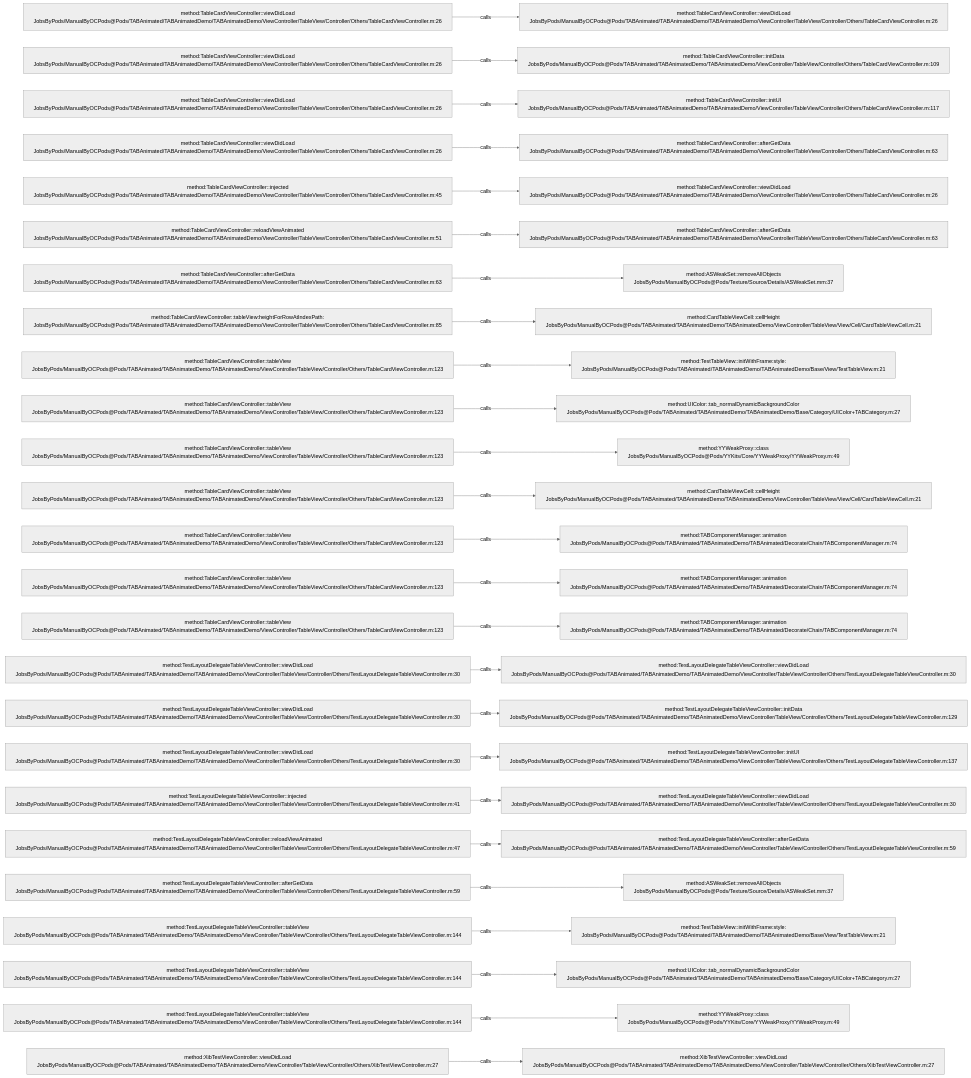
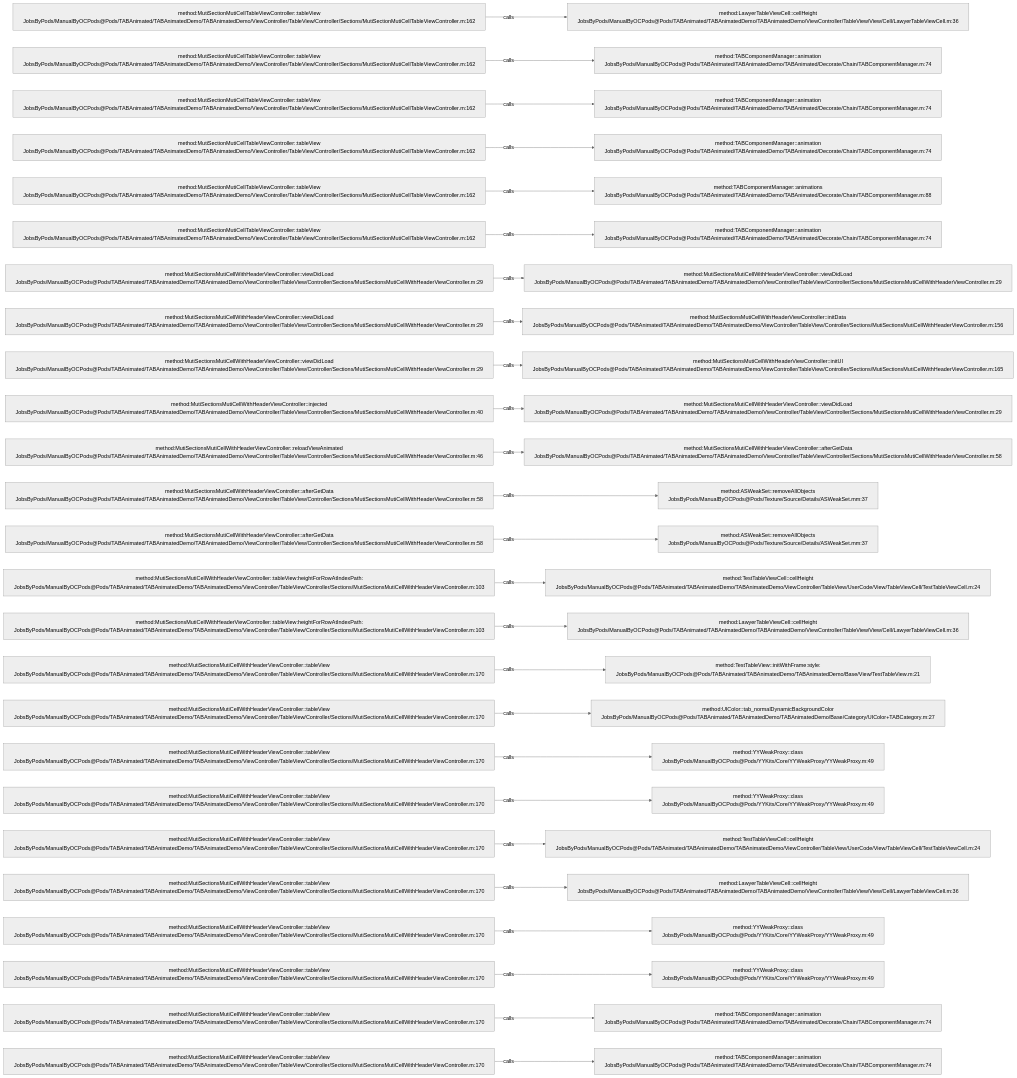
Before and after one commit to JobsKits/JobsOCBaseConfigDemo: the diagram in .codegraph/codegraph.md/graphs/calls-060.md, drawn with Mermaid (neutral theme). The commit also changed 1353 other files, not shown here.

````diff
--- a/.codegraph/codegraph.md/graphs/calls-060.md
+++ b/.codegraph/codegraph.md/graphs/calls-060.md
@@ -13,78 +13,78 @@
 ```mermaid
 flowchart LR
-  S1["method:TableCardViewController::viewDidLoad<br/>JobsByPods/ManualByOCPods@Pods/TABAnimated/TABAnimatedDemo/TABAnimatedDemo/ViewController/TableView/Controller/Others/TableCardViewController.m:26"]
-  T1["method:TableCardViewController::viewDidLoad<br/>JobsByPods/ManualByOCPods@Pods/TABAnimated/TABAnimatedDemo/TABAnimatedDemo/ViewController/TableView/Controller/Others/TableCardViewController.m:26"]
+  S1["method:MutiSectionMutiCellTableViewController::tableView<br/>JobsByPods/ManualByOCPods@Pods/TABAnimated/TABAnimatedDemo/TABAnimatedDemo/ViewController/TableView/Controller/Sections/MutiSectionMutiCellTableViewController.m:162"]
+  T1["method:LawyerTableViewCell::cellHeight<br/>JobsByPods/ManualByOCPods@Pods/TABAnimated/TABAnimatedDemo/TABAnimatedDemo/ViewController/TableView/View/Cell/LawyerTableViewCell.m:36"]
   S1 -->|calls| T1
-  S2["method:TableCardViewController::viewDidLoad<br/>JobsByPods/ManualByOCPods@Pods/TABAnimated/TABAnimatedDemo/TABAnimatedDemo/ViewController/TableView/Controller/Others/TableCardViewController.m:26"]
-  T2["method:TableCardViewController::initData<br/>JobsByPods/ManualByOCPods@Pods/TABAnimated/TABAnimatedDemo/TABAnimatedDemo/ViewController/TableView/Controller/Others/TableCardViewController.m:109"]
+  S2["method:MutiSectionMutiCellTableViewController::tableView<br/>JobsByPods/ManualByOCPods@Pods/TABAnimated/TABAnimatedDemo/TABAnimatedDemo/ViewController/TableView/Controller/Sections/MutiSectionMutiCellTableViewController.m:162"]
+  T2["method:TABComponentManager::animation<br/>JobsByPods/ManualByOCPods@Pods/TABAnimated/TABAnimatedDemo/TABAnimated/Decorate/Chain/TABComponentManager.m:74"]
   S2 -->|calls| T2
-  S3["method:TableCardViewController::viewDidLoad<br/>JobsByPods/ManualByOCPods@Pods/TABAnimated/TABAnimatedDemo/TABAnimatedDemo/ViewController/TableView/Controller/Others/TableCardViewController.m:26"]
-  T3["method:TableCardViewController::initUI<br/>JobsByPods/ManualByOCPods@Pods/TABAnimated/TABAnimatedDemo/TABAnimatedDemo/ViewController/TableView/Controller/Others/TableCardViewController.m:117"]
+  S3["method:MutiSectionMutiCellTableViewController::tableView<br/>JobsByPods/ManualByOCPods@Pods/TABAnimated/TABAnimatedDemo/TABAnimatedDemo/ViewController/TableView/Controller/Sections/MutiSectionMutiCellTableViewController.m:162"]
+  T3["method:TABComponentManager::animation<br/>JobsByPods/ManualByOCPods@Pods/TABAnimated/TABAnimatedDemo/TABAnimated/Decorate/Chain/TABComponentManager.m:74"]
   S3 -->|calls| T3
-  S4["method:TableCardViewController::viewDidLoad<br/>JobsByPods/ManualByOCPods@Pods/TABAnimated/TABAnimatedDemo/TABAnimatedDemo/ViewController/TableView/Controller/Others/TableCardViewController.m:26"]
-  T4["method:TableCardViewController::afterGetData<br/>JobsByPods/ManualByOCPods@Pods/TABAnimated/TABAnimatedDemo/TABAnimatedDemo/ViewController/TableView/Controller/Others/TableCardViewController.m:63"]
+  S4["method:MutiSectionMutiCellTableViewController::tableView<br/>JobsByPods/ManualByOCPods@Pods/TABAnimated/TABAnimatedDemo/TABAnimatedDemo/ViewController/TableView/Controller/Sections/MutiSectionMutiCellTableViewController.m:162"]
+  T4["method:TABComponentManager::animation<br/>JobsByPods/ManualByOCPods@Pods/TABAnimated/TABAnimatedDemo/TABAnimated/Decorate/Chain/TABComponentManager.m:74"]
   S4 -->|calls| T4
-  S5["method:TableCardViewController::injected<br/>JobsByPods/ManualByOCPods@Pods/TABAnimated/TABAnimatedDemo/TABAnimatedDemo/ViewController/TableView/Controller/Others/TableCardViewController.m:45"]
-  T5["method:TableCardViewController::viewDidLoad<br/>JobsByPods/ManualByOCPods@Pods/TABAnimated/TABAnimatedDemo/TABAnimatedDemo/ViewController/TableView/Controller/Others/TableCardViewController.m:26"]
+  S5["method:MutiSectionMutiCellTableViewController::tableView<br/>JobsByPods/ManualByOCPods@Pods/TABAnimated/TABAnimatedDemo/TABAnimatedDemo/ViewController/TableView/Controller/Sections/MutiSectionMutiCellTableViewController.m:162"]
+  T5["method:TABComponentManager::animations<br/>JobsByPods/ManualByOCPods@Pods/TABAnimated/TABAnimatedDemo/TABAnimated/Decorate/Chain/TABComponentManager.m:88"]
   S5 -->|calls| T5
-  S6["method:TableCardViewController::reloadViewAnimated<br/>JobsByPods/ManualByOCPods@Pods/TABAnimated/TABAnimatedDemo/TABAnimatedDemo/ViewController/TableView/Controller/Others/TableCardViewController.m:51"]
-  T6["method:TableCardViewController::afterGetData<br/>JobsByPods/ManualByOCPods@Pods/TABAnimated/TABAnimatedDemo/TABAnimatedDemo/ViewController/TableView/Controller/Others/TableCardViewController.m:63"]
+  S6["method:MutiSectionMutiCellTableViewController::tableView<br/>JobsByPods/ManualByOCPods@Pods/TABAnimated/TABAnimatedDemo/TABAnimatedDemo/ViewController/TableView/Controller/Sections/MutiSectionMutiCellTableViewController.m:162"]
+  T6["method:TABComponentManager::animation<br/>JobsByPods/ManualByOCPods@Pods/TABAnimated/TABAnimatedDemo/TABAnimated/Decorate/Chain/TABComponentManager.m:74"]
   S6 -->|calls| T6
-  S7["method:TableCardViewController::afterGetData<br/>JobsByPods/ManualByOCPods@Pods/TABAnimated/TABAnimatedDemo/TABAnimatedDemo/ViewController/TableView/Controller/Others/TableCardViewController.m:63"]
-  T7["method:ASWeakSet::removeAllObjects<br/>JobsByPods/ManualByOCPods@Pods/Texture/Source/Details/ASWeakSet.mm:37"]
+  S7["method:MutiSectionsMutiCellWithHeaderViewController::viewDidLoad<br/>JobsByPods/ManualByOCPods@Pods/TABAnimated/TABAnimatedDemo/TABAnimatedDemo/ViewController/TableView/Controller/Sections/MutiSectionsMutiCellWithHeaderViewController.m:29"]
+  T7["method:MutiSectionsMutiCellWithHeaderViewController::viewDidLoad<br/>JobsByPods/ManualByOCPods@Pods/TABAnimated/TABAnimatedDemo/TABAnimatedDemo/ViewController/TableView/Controller/Sections/MutiSectionsMutiCellWithHeaderViewController.m:29"]
   S7 -->|calls| T7
-  S8["method:TableCardViewController::tableView:heightForRowAtIndexPath:<br/>JobsByPods/ManualByOCPods@Pods/TABAnimated/TABAnimatedDemo/TABAnimatedDemo/ViewController/TableView/Controller/Others/TableCardViewController.m:85"]
-  T8["method:CardTableViewCell::cellHeight<br/>JobsByPods/ManualByOCPods@Pods/TABAnimated/TABAnimatedDemo/TABAnimatedDemo/ViewController/TableView/View/Cell/CardTableViewCell.m:21"]
+  S8["method:MutiSectionsMutiCellWithHeaderViewController::viewDidLoad<br/>JobsByPods/ManualByOCPods@Pods/TABAnimated/TABAnimatedDemo/TABAnimatedDemo/ViewController/TableView/Controller/Sections/MutiSectionsMutiCellWithHeaderViewController.m:29"]
+  T8["method:MutiSectionsMutiCellWithHeaderViewController::initData<br/>JobsByPods/ManualByOCPods@Pods/TABAnimated/TABAnimatedDemo/TABAnimatedDemo/ViewController/TableView/Controller/Sections/MutiSectionsMutiCellWithHeaderViewController.m:156"]
   S8 -->|calls| T8
-  S9["method:TableCardViewController::tableView<br/>JobsByPods/ManualByOCPods@Pods/TABAnimated/TABAnimatedDemo/TABAnimatedDemo/ViewController/TableView/Controller/Others/TableCardViewController.m:123"]
-  T9["method:TestTableView::initWithFrame:style:<br/>JobsByPods/ManualByOCPods@Pods/TABAnimated/TABAnimatedDemo/TABAnimatedDemo/Base/View/TestTableView.m:21"]
+  S9["method:MutiSectionsMutiCellWithHeaderViewController::viewDidLoad<br/>JobsByPods/ManualByOCPods@Pods/TABAnimated/TABAnimatedDemo/TABAnimatedDemo/ViewController/TableView/Controller/Sections/MutiSectionsMutiCellWithHeaderViewController.m:29"]
+  T9["method:MutiSectionsMutiCellWithHeaderViewController::initUI<br/>JobsByPods/ManualByOCPods@Pods/TABAnimated/TABAnimatedDemo/TABAnimatedDemo/ViewController/TableView/Controller/Sections/MutiSectionsMutiCellWithHeaderViewController.m:165"]
   S9 -->|calls| T9
-  S10["method:TableCardViewController::tableView<br/>JobsByPods/ManualByOCPods@Pods/TABAnimated/TABAnimatedDemo/TABAnimatedDemo/ViewController/TableView/Controller/Others/TableCardViewController.m:123"]
-  T10["method:UIColor::tab_normalDynamicBackgroundColor<br/>JobsByPods/ManualByOCPods@Pods/TABAnimated/TABAnimatedDemo/TABAnimatedDemo/Base/Category/UIColor+TABCategory.m:27"]
+  S10["method:MutiSectionsMutiCellWithHeaderViewController::injected<br/>JobsByPods/ManualByOCPods@Pods/TABAnimated/TABAnimatedDemo/TABAnimatedDemo/ViewController/TableView/Controller/Sections/MutiSectionsMutiCellWithHeaderViewController.m:40"]
+  T10["method:MutiSectionsMutiCellWithHeaderViewController::viewDidLoad<br/>JobsByPods/ManualByOCPods@Pods/TABAnimated/TABAnimatedDemo/TABAnimatedDemo/ViewController/TableView/Controller/Sections/MutiSectionsMutiCellWithHeaderViewController.m:29"]
   S10 -->|calls| T10
-  S11["method:TableCardViewController::tableView<br/>JobsByPods/ManualByOCPods@Pods/TABAnimated/TABAnimatedDemo/TABAnimatedDemo/ViewController/TableView/Controller/Others/TableCardViewController.m:123"]
-  T11["method:YYWeakProxy::class<br/>JobsByPods/ManualByOCPods@Pods/YYKits/Core/YYWeakProxy/YYWeakProxy.m:49"]
+  S11["method:MutiSectionsMutiCellWithHeaderViewController::reloadViewAnimated<br/>JobsByPods/ManualByOCPods@Pods/TABAnimated/TABAnimatedDemo/TABAnimatedDemo/ViewController/TableView/Controller/Sections/MutiSectionsMutiCellWithHeaderViewController.m:46"]
+  T11["method:MutiSectionsMutiCellWithHeaderViewController::afterGetData<br/>JobsByPods/ManualByOCPods@Pods/TABAnimated/TABAnimatedDemo/TABAnimatedDemo/ViewController/TableView/Controller/Sections/MutiSectionsMutiCellWithHeaderViewController.m:58"]
   S11 -->|calls| T11
-  S12["method:TableCardViewController::tableView<br/>JobsByPods/ManualByOCPods@Pods/TABAnimated/TABAnimatedDemo/TABAnimatedDemo/ViewController/TableView/Controller/Others/TableCardViewController.m:123"]
-  T12["method:CardTableViewCell::cellHeight<br/>JobsByPods/ManualByOCPods@Pods/TABAnimated/TABAnimatedDemo/TABAnimatedDemo/ViewController/TableView/View/Cell/CardTableViewCell.m:21"]
+  S12["method:MutiSectionsMutiCellWithHeaderViewController::afterGetData<br/>JobsByPods/ManualByOCPods@Pods/TABAnimated/TABAnimatedDemo/TABAnimatedDemo/ViewController/TableView/Controller/Sections/MutiSectionsMutiCellWithHeaderViewController.m:58"]
+  T12["method:ASWeakSet::removeAllObjects<br/>JobsByPods/ManualByOCPods@Pods/Texture/Source/Details/ASWeakSet.mm:37"]
   S12 -->|calls| T12
-  S13["method:TableCardViewController::tableView<br/>JobsByPods/ManualByOCPods@Pods/TABAnimated/TABAnimatedDemo/TABAnimatedDemo/ViewController/TableView/Controller/Others/TableCardViewController.m:123"]
-  T13["method:TABComponentManager::animation<br/>JobsByPods/ManualByOCPods@Pods/TABAnimated/TABAnimatedDemo/TABAnimated/Decorate/Chain/TABComponentManager.m:74"]
+  S13["method:MutiSectionsMutiCellWithHeaderViewController::afterGetData<br/>JobsByPods/ManualByOCPods@Pods/TABAnimated/TABAnimatedDemo/TABAnimatedDemo/ViewController/TableView/Controller/Sections/MutiSectionsMutiCellWithHeaderViewController.m:58"]
+  T13["method:ASWeakSet::removeAllObjects<br/>JobsByPods/ManualByOCPods@Pods/Texture/Source/Details/ASWeakSet.mm:37"]
   S13 -->|calls| T13
-  S14["method:TableCardViewController::tableView<br/>JobsByPods/ManualByOCPods@Pods/TABAnimated/TABAnimatedDemo/TABAnimatedDemo/ViewController/TableView/Controller/Others/TableCardViewController.m:123"]
-  T14["method:TABComponentManager::animation<br/>JobsByPods/ManualByOCPods@Pods/TABAnimated/TABAnimatedDemo/TABAnimated/Decorate/Chain/TABComponentManager.m:74"]
+  S14["method:MutiSectionsMutiCellWithHeaderViewController::tableView:heightForRowAtIndexPath:<br/>JobsByPods/ManualByOCPods@Pods/TABAnimated/TABAnimatedDemo/TABAnimatedDemo/ViewController/TableView/Controller/Sections/MutiSectionsMutiCellWithHeaderViewController.m:103"]
+  T14["method:TestTableViewCell::cellHeight<br/>JobsByPods/ManualByOCPods@Pods/TABAnimated/TABAnimatedDemo/TABAnimatedDemo/ViewController/TableView/UserCode/View/TableViewCell/TestTableViewCell.m:24"]
   S14 -->|calls| T14
-  S15["method:TableCardViewController::tableView<br/>JobsByPods/ManualByOCPods@Pods/TABAnimated/TABAnimatedDemo/TABAnimatedDemo/ViewController/TableView/Controller/Others/TableCardViewController.m:123"]
-  T15["method:TABComponentManager::animation<br/>JobsByPods/ManualByOCPods@Pods/TABAnimated/TABAnimatedDemo/TABAnimated/Decorate/Chain/TABComponentManager.m:74"]
+  S15["method:MutiSectionsMutiCellWithHeaderViewController::tableView:heightForRowAtIndexPath:<br/>JobsByPods/ManualByOCPods@Pods/TABAnimated/TABAnimatedDemo/TABAnimatedDemo/ViewController/TableView/Controller/Sections/MutiSectionsMutiCellWithHeaderViewController.m:103"]
+  T15["method:LawyerTableViewCell::cellHeight<br/>JobsByPods/ManualByOCPods@Pods/TABAnimated/TABAnimatedDemo/TABAnimatedDemo/ViewController/TableView/View/Cell/LawyerTableViewCell.m:36"]
   S15 -->|calls| T15
-  S16["method:TestLayoutDelegateTableViewController::viewDidLoad<br/>JobsByPods/ManualByOCPods@Pods/TABAnimated/TABAnimatedDemo/TABAnimatedDemo/ViewController/TableView/Controller/Others/TestLayoutDelegateTableViewController.m:30"]
-  T16["method:TestLayoutDelegateTableViewController::viewDidLoad<br/>JobsByPods/ManualByOCPods@Pods/TABAnimated/TABAnimatedDemo/TABAnimatedDemo/ViewController/TableView/Controller/Others/TestLayoutDelegateTableViewController.m:30"]
+  S16["method:MutiSectionsMutiCellWithHeaderViewController::tableView<br/>JobsByPods/ManualByOCPods@Pods/TABAnimated/TABAnimatedDemo/TABAnimatedDemo/ViewController/TableView/Controller/Sections/MutiSectionsMutiCellWithHeaderViewController.m:170"]
+  T16["method:TestTableView::initWithFrame:style:<br/>JobsByPods/ManualByOCPods@Pods/TABAnimated/TABAnimatedDemo/TABAnimatedDemo/Base/View/TestTableView.m:21"]
   S16 -->|calls| T16
-  S17["method:TestLayoutDelegateTableViewController::viewDidLoad<br/>JobsByPods/ManualByOCPods@Pods/TABAnimated/TABAnimatedDemo/TABAnimatedDemo/ViewController/TableView/Controller/Others/TestLayoutDelegateTableViewController.m:30"]
-  T17["method:TestLayoutDelegateTableViewController::initData<br/>JobsByPods/ManualByOCPods@Pods/TABAnimated/TABAnimatedDemo/TABAnimatedDemo/ViewController/TableView/Controller/Others/TestLayoutDelegateTableViewController.m:129"]
+  S17["method:MutiSectionsMutiCellWithHeaderViewController::tableView<br/>JobsByPods/ManualByOCPods@Pods/TABAnimated/TABAnimatedDemo/TABAnimatedDemo/ViewController/TableView/Controller/Sections/MutiSectionsMutiCellWithHeaderViewController.m:170"]
+  T17["method:UIColor::tab_normalDynamicBackgroundColor<br/>JobsByPods/ManualByOCPods@Pods/TABAnimated/TABAnimatedDemo/TABAnimatedDemo/Base/Category/UIColor+TABCategory.m:27"]
   S17 -->|calls| T17
-  S18["method:TestLayoutDelegateTableViewController::viewDidLoad<br/>JobsByPods/ManualByOCPods@Pods/TABAnimated/TABAnimatedDemo/TABAnimatedDemo/ViewController/TableView/Controller/Others/TestLayoutDelegateTableViewController.m:30"]
-  T18["method:TestLayoutDelegateTableViewController::initUI<br/>JobsByPods/ManualByOCPods@Pods/TABAnimated/TABAnimatedDemo/TABAnimatedDemo/ViewController/TableView/Controller/Others/TestLayoutDelegateTableViewController.m:137"]
+  S18["method:MutiSectionsMutiCellWithHeaderViewController::tableView<br/>JobsByPods/ManualByOCPods@Pods/TABAnimated/TABAnimatedDemo/TABAnimatedDemo/ViewController/TableView/Controller/Sections/MutiSectionsMutiCellWithHeaderViewController.m:170"]
+  T18["method:YYWeakProxy::class<br/>JobsByPods/ManualByOCPods@Pods/YYKits/Core/YYWeakProxy/YYWeakProxy.m:49"]
   S18 -->|calls| T18
-  S19["method:TestLayoutDelegateTableViewController::injected<br/>JobsByPods/ManualByOCPods@Pods/TABAnimated/TABAnimatedDemo/TABAnimatedDemo/ViewController/TableView/Controller/Others/TestLayoutDelegateTableViewController.m:41"]
-  T19["method:TestLayoutDelegateTableViewController::viewDidLoad<br/>JobsByPods/ManualByOCPods@Pods/TABAnimated/TABAnimatedDemo/TABAnimatedDemo/ViewController/TableView/Controller/Others/TestLayoutDelegateTableViewController.m:30"]
+  S19["method:MutiSectionsMutiCellWithHeaderViewController::tableView<br/>JobsByPods/ManualByOCPods@Pods/TABAnimated/TABAnimatedDemo/TABAnimatedDemo/ViewController/TableView/Controller/Sections/MutiSectionsMutiCellWithHeaderViewController.m:170"]
+  T19["method:YYWeakProxy::class<br/>JobsByPods/ManualByOCPods@Pods/YYKits/Core/YYWeakProxy/YYWeakProxy.m:49"]
   S19 -->|calls| T19
-  S20["method:TestLayoutDelegateTableViewController::reloadViewAnimated<br/>JobsByPods/ManualByOCPods@Pods/TABAnimated/TABAnimatedDemo/TABAnimatedDemo/ViewController/TableView/Controller/Others/TestLayoutDelegateTableViewController.m:47"]
-  T20["method:TestLayoutDelegateTableViewController::afterGetData<br/>JobsByPods/ManualByOCPods@Pods/TABAnimated/TABAnimatedDemo/TABAnimatedDemo/ViewController/TableView/Controller/Others/TestLayoutDelegateTableViewController.m:59"]
+  S20["method:MutiSectionsMutiCellWithHeaderViewController::tableView<br/>JobsByPods/ManualByOCPods@Pods/TABAnimated/TABAnimatedDemo/TABAnimatedDemo/ViewController/TableView/Controller/Sections/MutiSectionsMutiCellWithHeaderViewController.m:170"]
+  T20["method:TestTableViewCell::cellHeight<br/>JobsByPods/ManualByOCPods@Pods/TABAnimated/TABAnimatedDemo/TABAnimatedDemo/ViewController/TableView/UserCode/View/TableViewCell/TestTableViewCell.m:24"]
   S20 -->|calls| T20
-  S21["method:TestLayoutDelegateTableViewController::afterGetData<br/>JobsByPods/ManualByOCPods@Pods/TABAnimated/TABAnimatedDemo/TABAnimatedDemo/ViewController/TableView/Controller/Others/TestLayoutDelegateTableViewController.m:59"]
-  T21["method:ASWeakSet::removeAllObjects<br/>JobsByPods/ManualByOCPods@Pods/Texture/Source/Details/ASWeakSet.mm:37"]
+  S21["method:MutiSectionsMutiCellWithHeaderViewController::tableView<br/>JobsByPods/ManualByOCPods@Pods/TABAnimated/TABAnimatedDemo/TABAnimatedDemo/ViewController/TableView/Controller/Sections/MutiSectionsMutiCellWithHeaderViewController.m:170"]
+  T21["method:LawyerTableViewCell::cellHeight<br/>JobsByPods/ManualByOCPods@Pods/TABAnimated/TABAnimatedDemo/TABAnimatedDemo/ViewController/TableView/View/Cell/LawyerTableViewCell.m:36"]
   S21 -->|calls| T21
-  S22["method:TestLayoutDelegateTableViewController::tableView<br/>JobsByPods/ManualByOCPods@Pods/TABAnimated/TABAnimatedDemo/TABAnimatedDemo/ViewController/TableView/Controller/Others/TestLayoutDelegateTableViewController.m:144"]
-  T22["method:TestTableView::initWithFrame:style:<br/>JobsByPods/ManualByOCPods@Pods/TABAnimated/TABAnimatedDemo/TABAnimatedDemo/Base/View/TestTableView.m:21"]
+  S22["method:MutiSectionsMutiCellWithHeaderViewController::tableView<br/>JobsByPods/ManualByOCPods@Pods/TABAnimated/TABAnimatedDemo/TABAnimatedDemo/ViewController/TableView/Controller/Sections/MutiSectionsMutiCellWithHeaderViewController.m:170"]
+  T22["method:YYWeakProxy::class<br/>JobsByPods/ManualByOCPods@Pods/YYKits/Core/YYWeakProxy/YYWeakProxy.m:49"]
   S22 -->|calls| T22
-  S23["method:TestLayoutDelegateTableViewController::tableView<br/>JobsByPods/ManualByOCPods@Pods/TABAnimated/TABAnimatedDemo/TABAnimatedDemo/ViewController/TableView/Controller/Others/TestLayoutDelegateTableViewController.m:144"]
-  T23["method:UIColor::tab_normalDynamicBackgroundColor<br/>JobsByPods/ManualByOCPods@Pods/TABAnimated/TABAnimatedDemo/TABAnimatedDemo/Base/Category/UIColor+TABCategory.m:27"]
+  S23["method:MutiSectionsMutiCellWithHeaderViewController::tableView<br/>JobsByPods/ManualByOCPods@Pods/TABAnimated/TABAnimatedDemo/TABAnimatedDemo/ViewController/TableView/Controller/Sections/MutiSectionsMutiCellWithHeaderViewController.m:170"]
+  T23["method:YYWeakProxy::class<br/>JobsByPods/ManualByOCPods@Pods/YYKits/Core/YYWeakProxy/YYWeakProxy.m:49"]
   S23 -->|calls| T23
-  S24["method:TestLayoutDelegateTableViewController::tableView<br/>JobsByPods/ManualByOCPods@Pods/TABAnimated/TABAnimatedDemo/TABAnimatedDemo/ViewController/TableView/Controller/Others/TestLayoutDelegateTableViewController.m:144"]
-  T24["method:YYWeakProxy::class<br/>JobsByPods/ManualByOCPods@Pods/YYKits/Core/YYWeakProxy/YYWeakProxy.m:49"]
+  S24["method:MutiSectionsMutiCellWithHeaderViewController::tableView<br/>JobsByPods/ManualByOCPods@Pods/TABAnimated/TABAnimatedDemo/TABAnimatedDemo/ViewController/TableView/Controller/Sections/MutiSectionsMutiCellWithHeaderViewController.m:170"]
+  T24["method:TABComponentManager::animation<br/>JobsByPods/ManualByOCPods@Pods/TABAnimated/TABAnimatedDemo/TABAnimated/Decorate/Chain/TABComponentManager.m:74"]
   S24 -->|calls| T24
-  S25["method:XibTestViewController::viewDidLoad<br/>JobsByPods/ManualByOCPods@Pods/TABAnimated/TABAnimatedDemo/TABAnimatedDemo/ViewController/TableView/Controller/Others/XibTestViewController.m:27"]
-  T25["method:XibTestViewController::viewDidLoad<br/>JobsByPods/ManualByOCPods@Pods/TABAnimated/TABAnimatedDemo/TABAnimatedDemo/ViewController/TableView/Controller/Others/XibTestViewController.m:27"]
+  S25["method:MutiSectionsMutiCellWithHeaderViewController::tableView<br/>JobsByPods/ManualByOCPods@Pods/TABAnimated/TABAnimatedDemo/TABAnimatedDemo/ViewController/TableView/Controller/Sections/MutiSectionsMutiCellWithHeaderViewController.m:170"]
+  T25["method:TABComponentManager::animation<br/>JobsByPods/ManualByOCPods@Pods/TABAnimated/TABAnimatedDemo/TABAnimated/Decorate/Chain/TABComponentManager.m:74"]
   S25 -->|calls| T25
 ```
````
